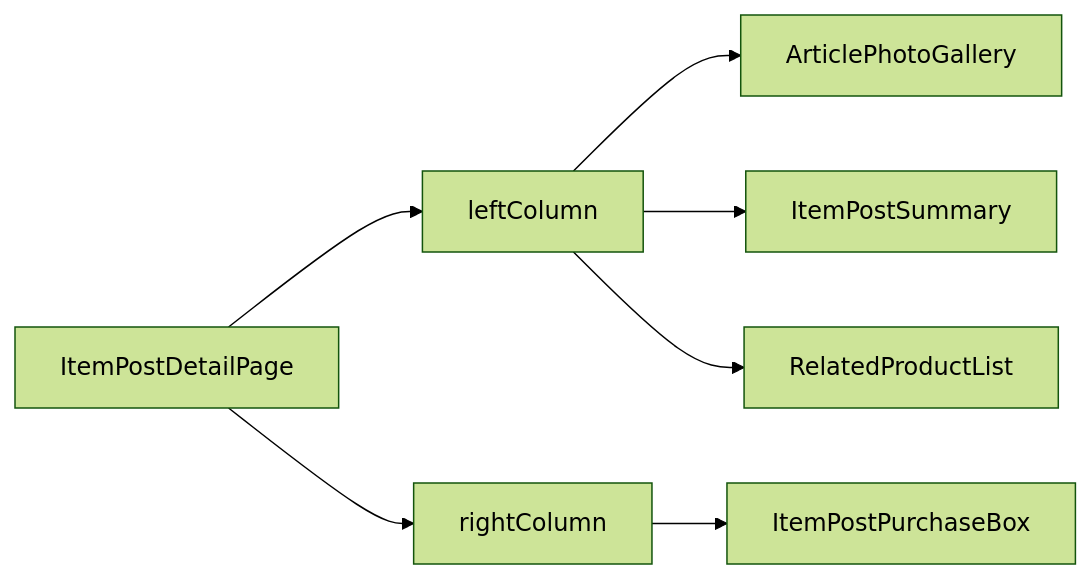
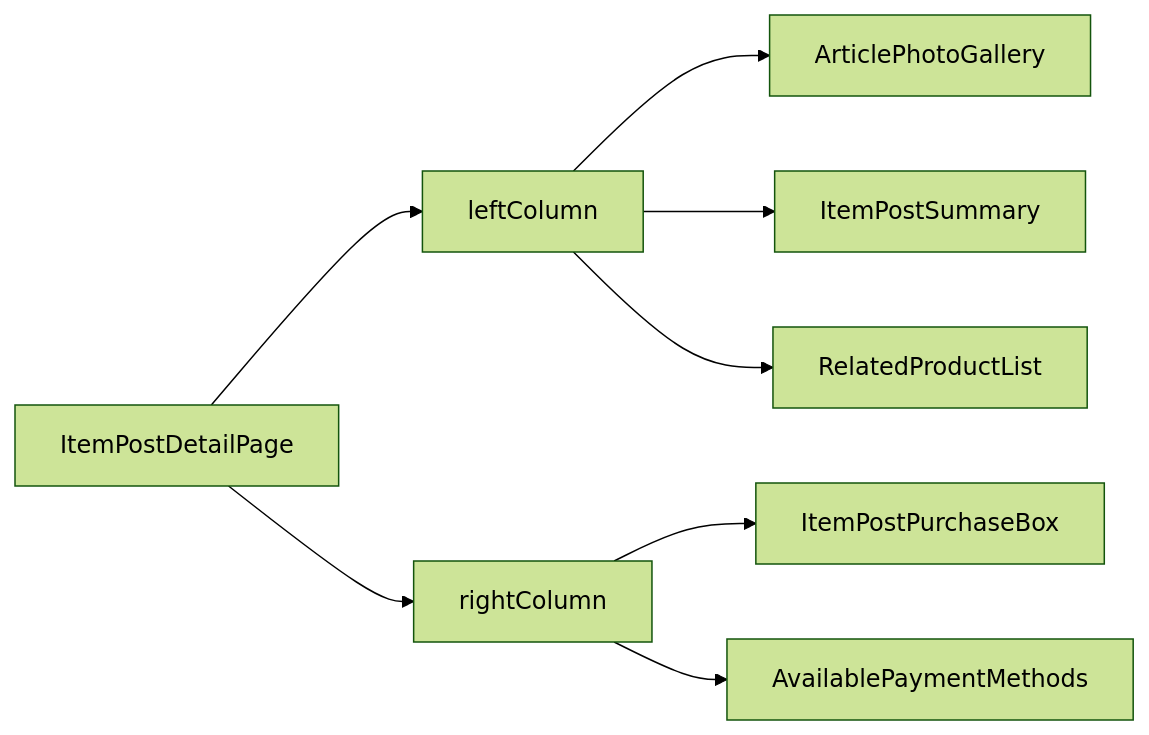
Before and after one commit to scamisay/-meli-product-detail: the diagram in docs/frontend.md, drawn with Mermaid (forest theme). The commit also changed other lines of this file, not shown here.

````diff
--- a/docs/frontend.md
+++ b/docs/frontend.md
@@ -18,9 +18,10 @@
 ```mermaid
 graph LR
   A[ItemPostDetailPage] --> B[leftColumn]
   A --> C[rightColumn]
   B --> D[ArticlePhotoGallery]
   B --> E[ItemPostSummary]
   B --> F[RelatedProductList]
   C --> G[ItemPostPurchaseBox]
+  C --> H[AvailablePaymentMethods]
 ```
````
